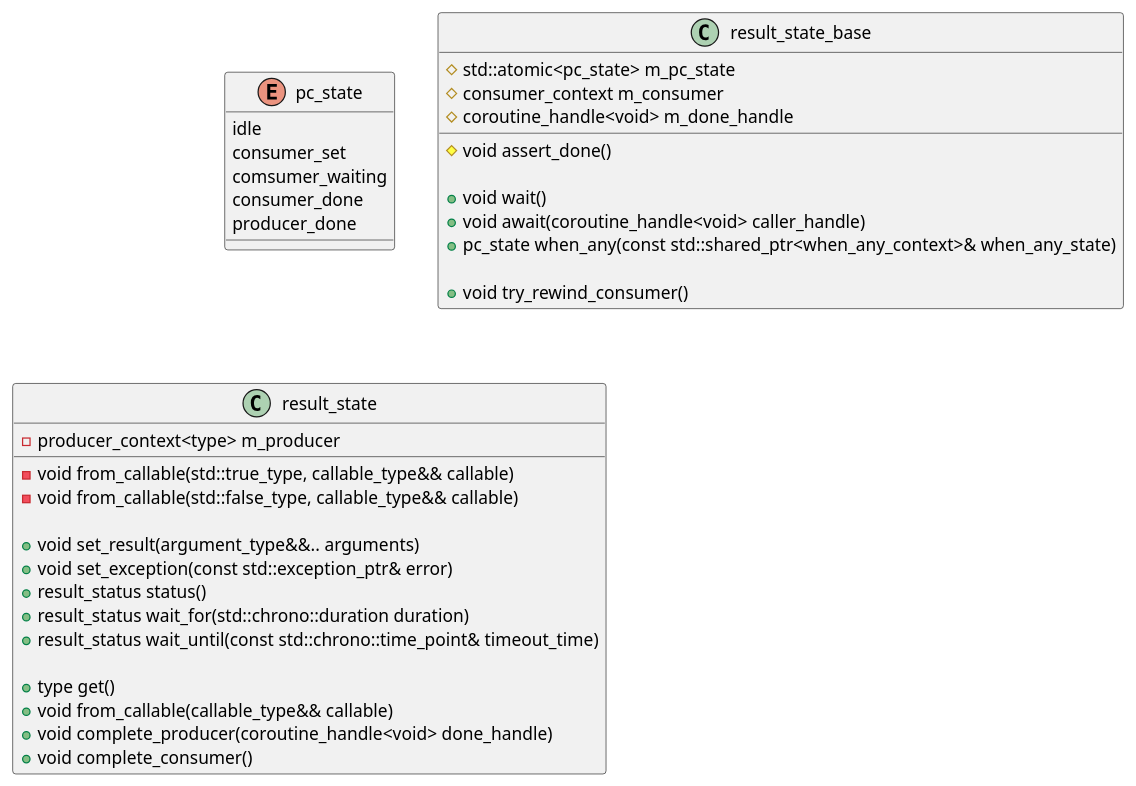
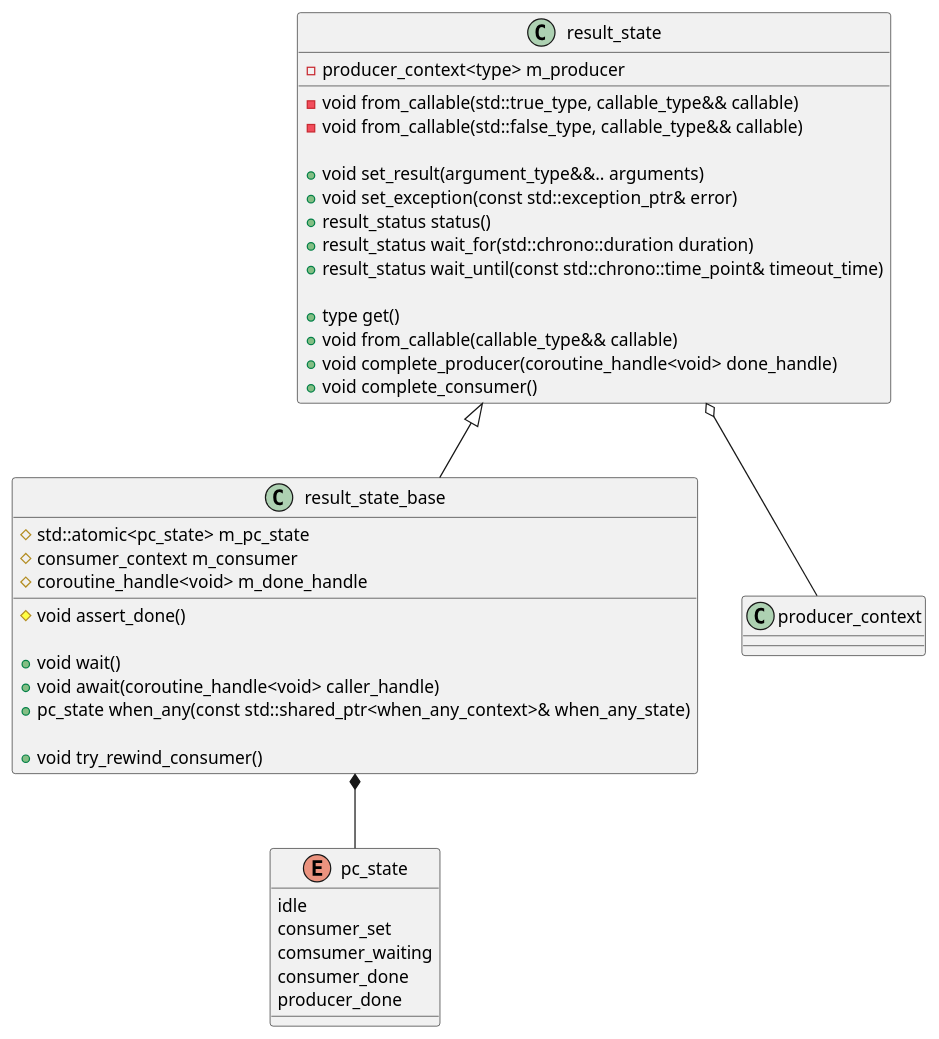
Diagram 15 of 16 in concurrencpp.md (sgkind/firefly), drawn with PlantUML before and after one commit. The commit also changed other lines of this file, not shown here.

````diff
--- a/concurrencpp.md
+++ b/concurrencpp.md
@@ -836,41 +862,45 @@
 ```plantuml
 enum pc_state {
   idle
   consumer_set
   comsumer_waiting
   consumer_done
   producer_done
 }
 
 class result_state_base {
   # std::atomic<pc_state> m_pc_state
   # consumer_context m_consumer
   # coroutine_handle<void> m_done_handle
 
   # void assert_done()
 
   + void wait()
   + void await(coroutine_handle<void> caller_handle)
   + pc_state when_any(const std::shared_ptr<when_any_context>& when_any_state)
 
   + void try_rewind_consumer()
 }
 
 class result_state {
   - producer_context<type> m_producer
 
   - void from_callable(std::true_type, callable_type&& callable)
   - void from_callable(std::false_type, callable_type&& callable)
 
   + void set_result(argument_type&&.. arguments)
   + void set_exception(const std::exception_ptr& error)
   + result_status status()
   + result_status wait_for(std::chrono::duration duration)
   + result_status wait_until(const std::chrono::time_point& timeout_time)
 
   + type get()
   + void from_callable(callable_type&& callable)
   + void complete_producer(coroutine_handle<void> done_handle)
   + void complete_consumer()
 }
+
+result_state_base *-- pc_state
+result_state <|-- result_state_base
+result_state o-- producer_context
 ```
````
